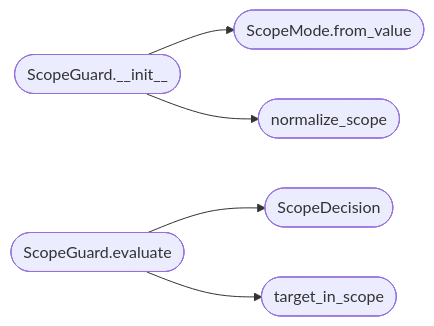
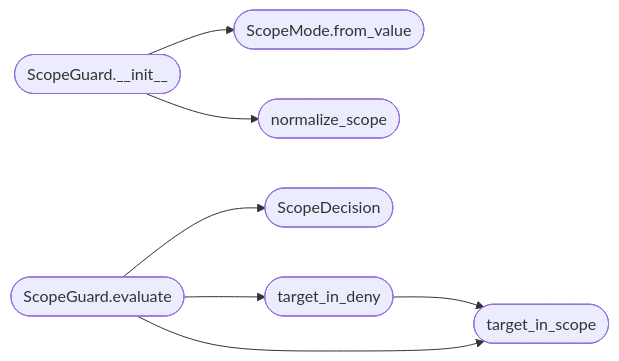
One commit to grisuno/LazyOwn changed the second of 2 diagrams in readmenator-apidocs/modules/cli.scope_guard.py.md. Above: the diagram before and after it, drawn with Mermaid. The commit also changed other lines of this file and 415 other files, not shown here.

````diff
--- a/readmenator-apidocs/modules/cli.scope_guard.py.md
+++ b/readmenator-apidocs/modules/cli.scope_guard.py.md
@@ -76,13 +76,16 @@
 ```mermaid
 flowchart LR
+    n_cli_scope_guard_py__target_in_deny(["target_in_deny"])
+    n_cli_scope_guard_py__target_in_scope(["target_in_scope"])
     n_cli_scope_guard_py__ScopeGuard___init__(["ScopeGuard.__init__"])
     n_cli_scope_guard_py__ScopeMode_from_value(["ScopeMode.from_value"])
     n_cli_scope_guard_py__normalize_scope(["normalize_scope"])
     n_cli_scope_guard_py__ScopeGuard_evaluate(["ScopeGuard.evaluate"])
     n_cli_scope_guard_py__ScopeDecision(["ScopeDecision"])
-    n_cli_scope_guard_py__target_in_scope(["target_in_scope"])
+    n_cli_scope_guard_py__target_in_deny --> n_cli_scope_guard_py__target_in_scope
     n_cli_scope_guard_py__ScopeGuard___init__ --> n_cli_scope_guard_py__ScopeMode_from_value
     n_cli_scope_guard_py__ScopeGuard___init__ --> n_cli_scope_guard_py__normalize_scope
     n_cli_scope_guard_py__ScopeGuard_evaluate --> n_cli_scope_guard_py__ScopeDecision
+    n_cli_scope_guard_py__ScopeGuard_evaluate --> n_cli_scope_guard_py__target_in_deny
     n_cli_scope_guard_py__ScopeGuard_evaluate --> n_cli_scope_guard_py__target_in_scope
 ```
````
